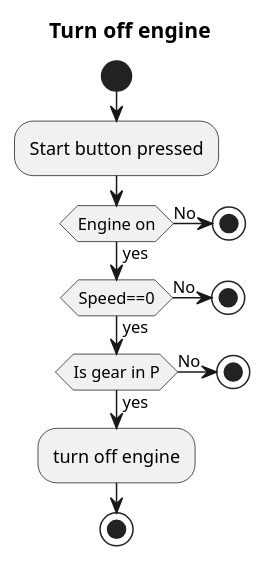
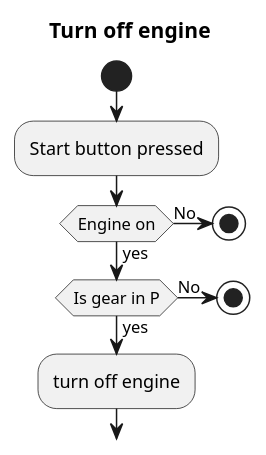
One commit to SubspaceBob/bootcamp_project changed the diagram in Docs/src/ActivityDiagram_TurnOffEngine.iuml. Above: the diagram before and after it, drawn with PlantUML. The commit also changed 15 other files, not shown here.

```diff
--- a/Docs/src/ActivityDiagram_TurnOffEngine.iuml
+++ b/Docs/src/ActivityDiagram_TurnOffEngine.iuml
@@ -1,21 +1,14 @@
 @startuml
 title Turn off engine
 start
 :Start button pressed;
 if (Engine on) then (yes)
-    if (Speed==0) then (yes)
-        if (Is gear in P) then (yes)
+    if (Is gear in P) then (yes)
         :turn off engine;
-else (No)
-stop
+    else (No)
+        stop
 endif
 else (No)
-stop
+    stop
 endif
-else (No)
-stop
-endif
-stop
-
-
 @enduml
```
